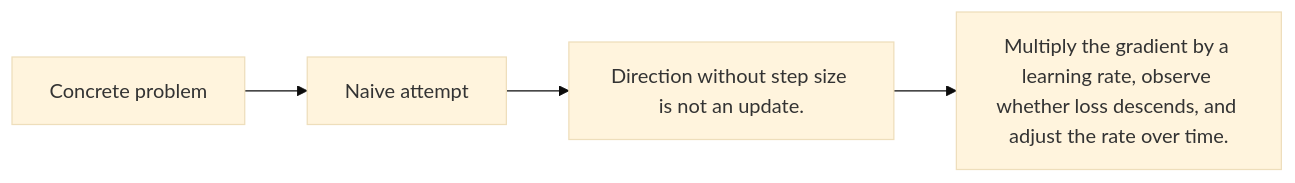
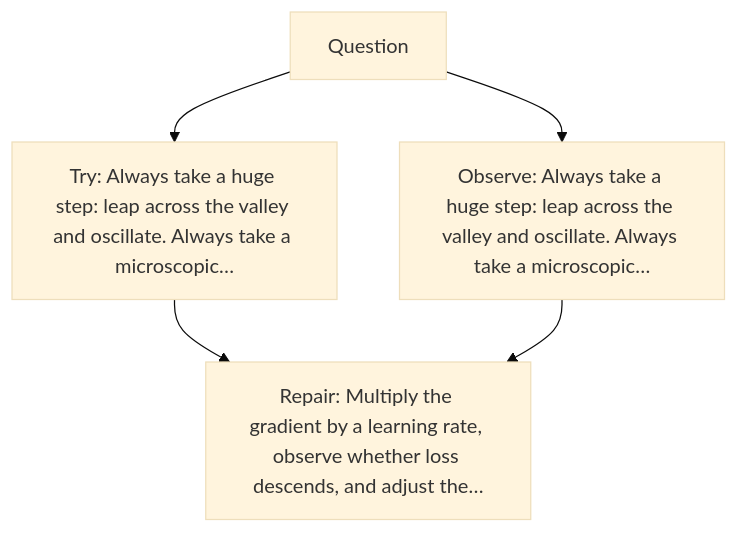
The diagram in excavations/027-learning-rate/diagram.md (kleem-labs/AI-Archaeology), drawn with Mermaid (base theme) before and after one commit. The commit also changed other lines of this file and 288 other files, not shown here.

````diff
--- a/excavations/027-learning-rate/diagram.md
+++ b/excavations/027-learning-rate/diagram.md
@@ -3,4 +5,7 @@
-~~~mermaid
-flowchart LR
- A["Concrete problem"] --> B["Naive attempt"] --> C["Direction without step size is not an update."] --> D["Multiply the gradient by a learning rate, observe whether loss descends, and adjust the rate over time."]
-~~~
+```mermaid
+flowchart TD
+    A["Question"] --> B["Try: Always take a huge step: leap across the valley and oscillate. Always take a microscopic…"]
+    A --> C["Observe: Always take a huge step: leap across the valley and oscillate. Always take a microscopic…"]
+    B --> D["Repair: Multiply the gradient by a learning rate, observe whether loss descends, and adjust the…"]
+    C --> D
+```
````
